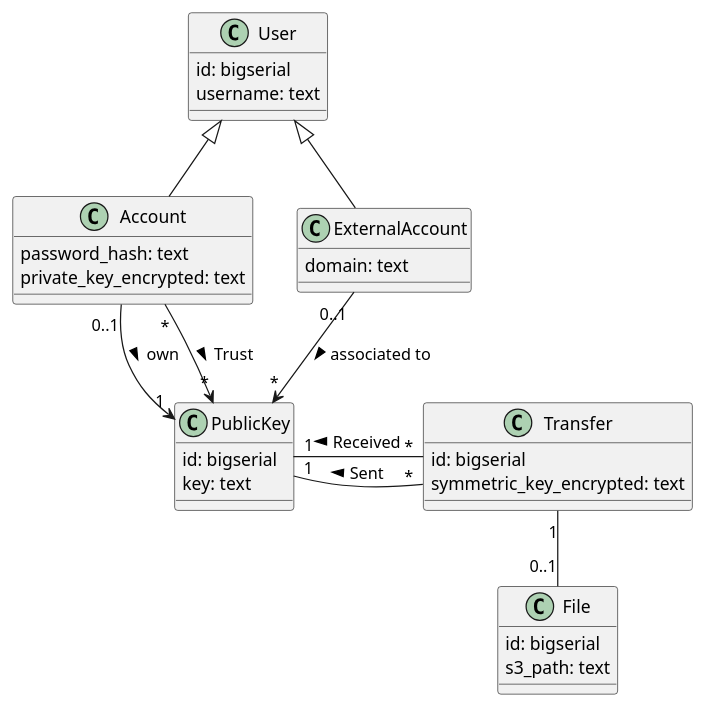
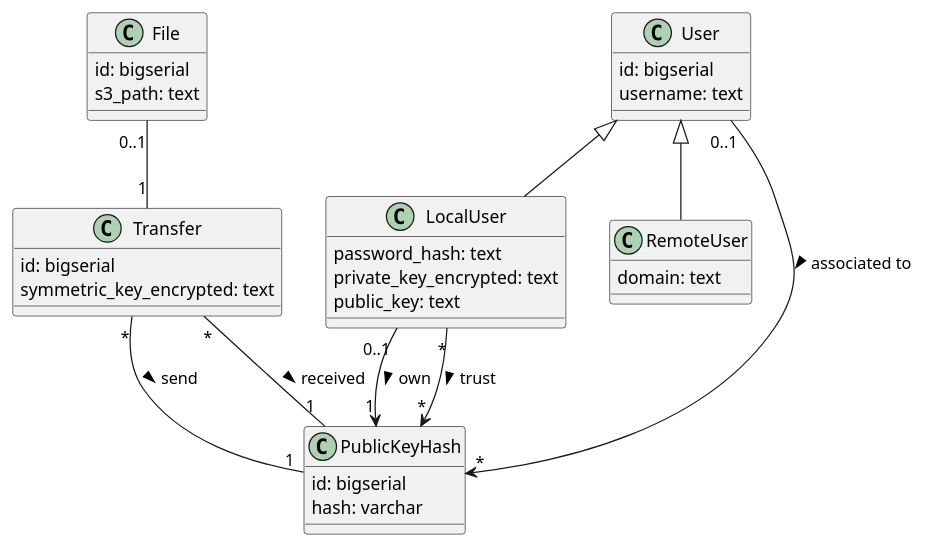
One commit to BananaTransfer/BananaTransfer changed the diagram in documents/umls/database_schema.puml. Above: the diagram before and after it, drawn with PlantUML. The commit also changed 2 other files, not shown here.

Commit message:
feat: rework the database_schema.puml and add documentation around it in database.md

```diff
--- a/documents/umls/database_schema.puml
+++ b/documents/umls/database_schema.puml
@@ -1,46 +1,48 @@
 @startuml
 
 class User {
     id: bigserial
     username: text
 }
 
-class Account {
+class LocalUser {
     password_hash: text
     private_key_encrypted: text
+    public_key: text
 }
 
-class ExternalAccount {
+class RemoteUser {
     domain: text
 }
 
-class PublicKey {
+class PublicKeyHash {
     id: bigserial
-    key: text
+    hash: varchar
 }
 
 class Transfer {
     id: bigserial
     symmetric_key_encrypted: text
 }
 
 class File {
     id: bigserial
     s3_path: text
 }
 
-Account -up-|> User
-ExternalAccount -up-|> User
 
-Account "0..1" --> "1" PublicKey: own >
+LocalUser -up-|> User
+RemoteUser -up-|> User
 
-ExternalAccount "0..1" --> "*" PublicKey: associated to >
+LocalUser "0..1" --> "1" PublicKeyHash: own >
 
-Account "*" --> "*" PublicKey: Trust >
+User "0..1" --> "*" PublicKeyHash: associated to >
 
-Transfer "*" -left- "1" PublicKey: Sent >
-Transfer "*" -left- "1" PublicKey: Received >
+LocalUser "*" --> "*" PublicKeyHash: trust >
 
-Transfer "1" -- "0..1" File
+Transfer "*" -- "1" PublicKeyHash: send >
+Transfer "*" -- "1" PublicKeyHash: received >
+
+Transfer "1" -up- "0..1" File
 
 @enduml
```
